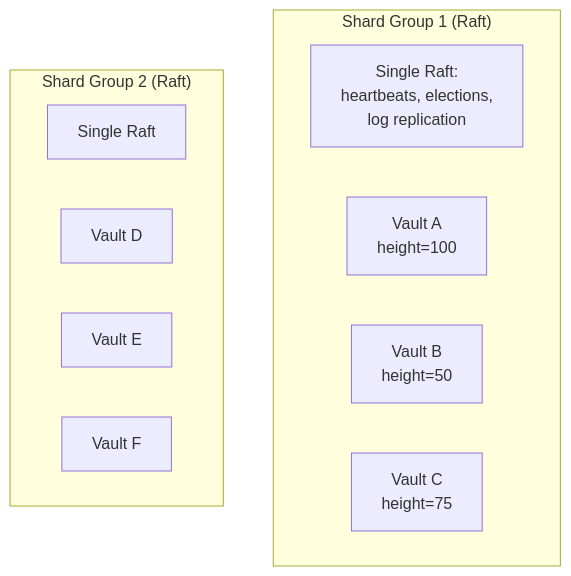
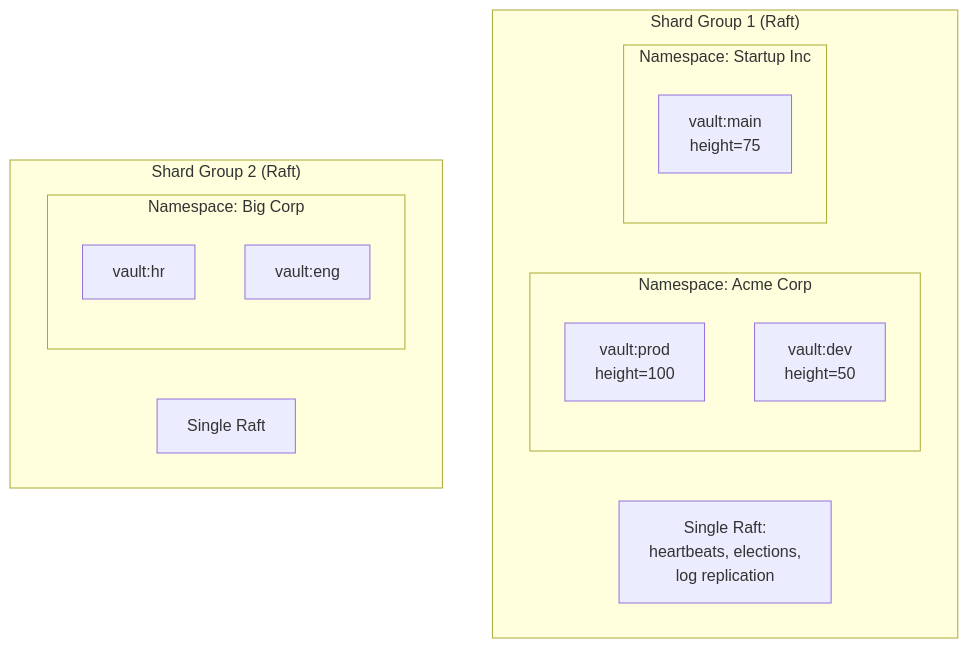
The sixth of 11 diagrams in DESIGN.md (inferadb/ledger), drawn with Mermaid before and after one commit. The commit also changed other lines of this file and 2 other files, not shown here.

````diff
--- a/DESIGN.md
+++ b/DESIGN.md
@@ -969,16 +1343,21 @@
 ```mermaid
 graph TB
     subgraph shard1["Shard Group 1 (Raft)"]
         raft1["Single Raft:<br/>heartbeats, elections,<br/>log replication"]
-        vault_a["Vault A<br/>height=100"]
-        vault_b["Vault B<br/>height=50"]
-        vault_c["Vault C<br/>height=75"]
+        subgraph ns_acme["Namespace: Acme Corp"]
+            vault_a["vault:prod<br/>height=100"]
+            vault_b["vault:dev<br/>height=50"]
+        end
+        subgraph ns_startup["Namespace: Startup Inc"]
+            vault_c["vault:main<br/>height=75"]
+        end
     end
 
     subgraph shard2["Shard Group 2 (Raft)"]
         raft2["Single Raft"]
-        vault_d["Vault D"]
-        vault_e["Vault E"]
-        vault_f["Vault F"]
+        subgraph ns_corp["Namespace: Big Corp"]
+            vault_d["vault:hr"]
+            vault_e["vault:eng"]
+        end
     end
 ```
````
